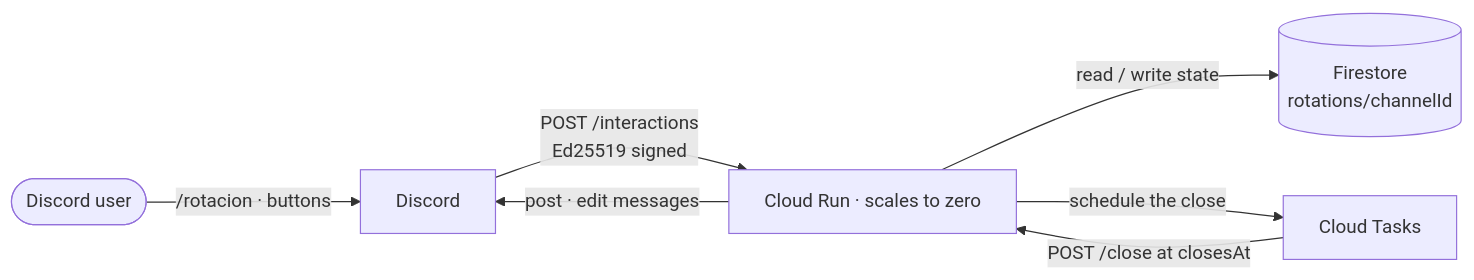
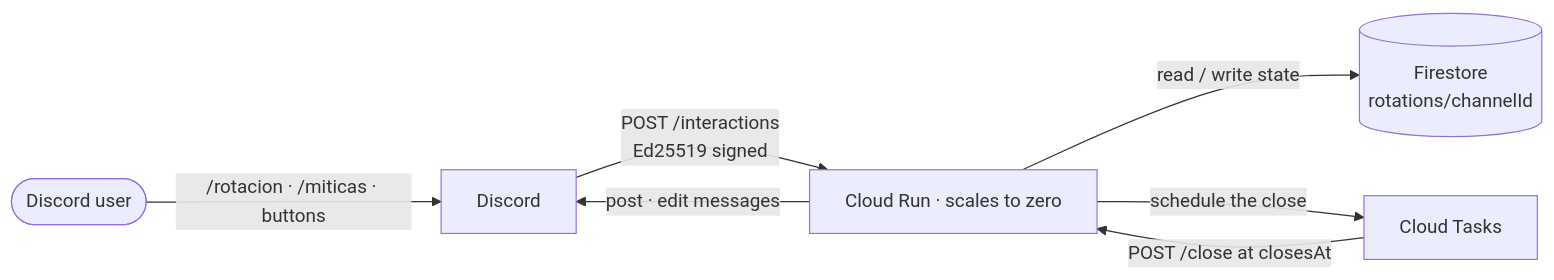
The diagram in README.md (krealalejo/lili-bot), drawn with Mermaid before and after one commit. The commit also changed other lines of this file and 3 other files, not shown here.

````diff
--- a/README.md
+++ b/README.md
@@ -32,9 +43,9 @@
 ```mermaid
 flowchart LR
-  user([Discord user]) -->|/rotacion · buttons| discord[Discord]
+  user([Discord user]) -->|/rotacion · /miticas · buttons| discord[Discord]
   discord -->|POST /interactions<br/>Ed25519 signed| run[Cloud Run · scales to zero]
   run -->|read / write state| store[(Firestore<br/>rotations/channelId)]
   run -->|post · edit messages| discord
   run -->|schedule the close| tasks[Cloud Tasks]
   tasks -->|POST /close at closesAt| run
 ```
````
